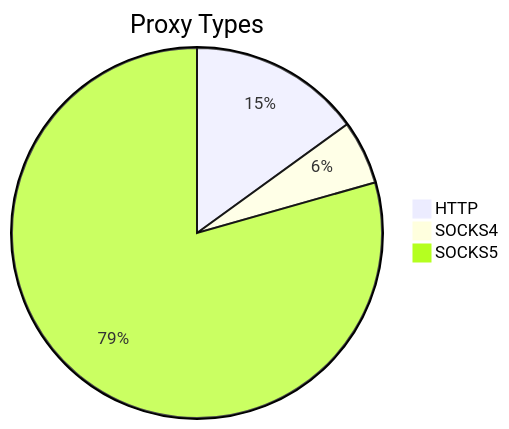
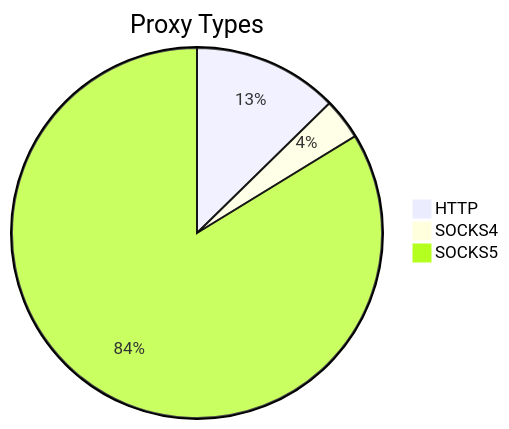
One commit to stormsia/proxy-list changed the first of 2 diagrams in README.md. Above: the diagram before and after it, drawn with Mermaid. The commit also changed other lines of this file, not shown here.

````diff
--- a/README.md
+++ b/README.md
@@ -21,6 +21,6 @@
 ```mermaid
 pie title Proxy Types
-    "HTTP" : 105
-    "SOCKS4" : 39
-    "SOCKS5" : 555
+    "HTTP" : 88
+    "SOCKS4" : 25
+    "SOCKS5" : 582
 ```
````
